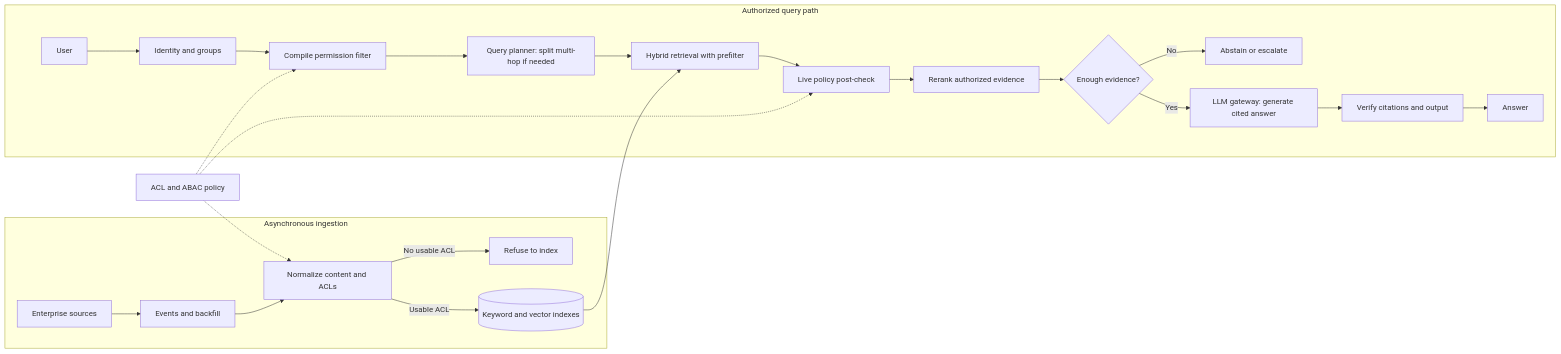
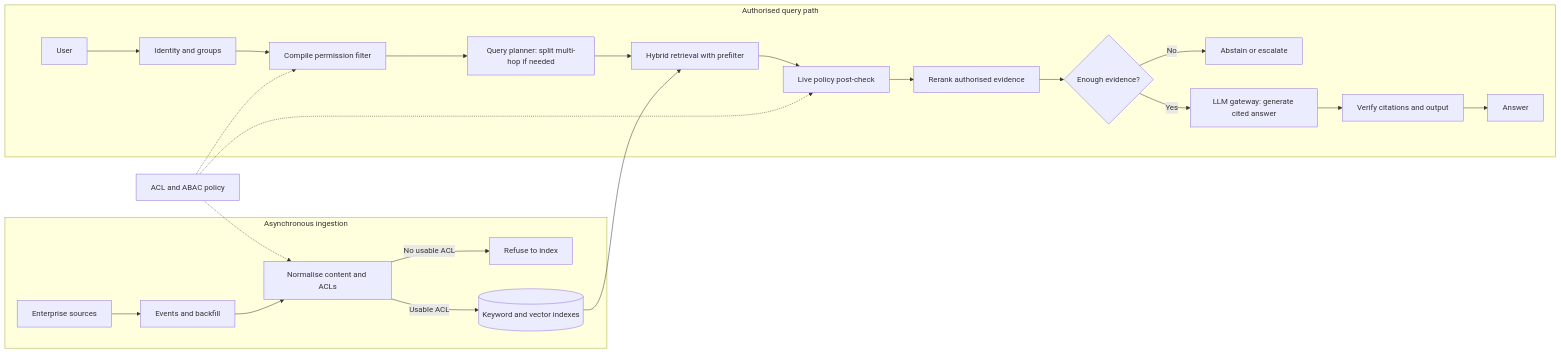
One commit to Sourav692/Forward-Deployed-Engineer-Interview-Prep changed the diagram in site/content/modules/15-fde-case-studies/knowledge-retrieval/enterprise-knowledge-assistant/main.md. Above: the diagram before and after it, drawn with Mermaid. The commit also changed other lines of this file and 191 other files, not shown here.

First line of the commit message:
content: British spellings inside diagrams (AF-06)

````diff
--- a/site/content/modules/15-fde-case-studies/knowledge-retrieval/enterprise-knowledge-assistant/main.md
+++ b/site/content/modules/15-fde-case-studies/knowledge-retrieval/enterprise-knowledge-assistant/main.md
@@ -157,28 +157,28 @@
 ```mermaid
 flowchart LR
     subgraph ING[Asynchronous ingestion]
         SRC[Enterprise sources] --> QUEUE[Events and backfill]
-        QUEUE --> NORM[Normalize content and ACLs]
+        QUEUE --> NORM[Normalise content and ACLs]
         NORM -->|No usable ACL| REFUSE[Refuse to index]
         NORM -->|Usable ACL| INDEX[(Keyword and vector indexes)]
     end
 
-    subgraph QRY[Authorized query path]
+    subgraph QRY[Authorised query path]
         USER[User] --> ID[Identity and groups]
         ID --> FILTER[Compile permission filter]
         FILTER --> PLAN[Query planner: split multi-hop if needed]
         PLAN --> RET[Hybrid retrieval with prefilter]
         RET --> CHECK[Live policy post-check]
-        CHECK --> RERANK[Rerank authorized evidence]
+        CHECK --> RERANK[Rerank authorised evidence]
         RERANK --> GRADE{Enough evidence?}
         GRADE -->|No| ABSTAIN[Abstain or escalate]
         GRADE -->|Yes| LLM[LLM gateway: generate cited answer]
         LLM --> VERIFY[Verify citations and output]
         VERIFY --> ANSWER[Answer]
     end
 
     INDEX --> RET
     POLICY[ACL and ABAC policy] -.-> NORM
     POLICY -.-> FILTER
     POLICY -.-> CHECK
 ```
````
